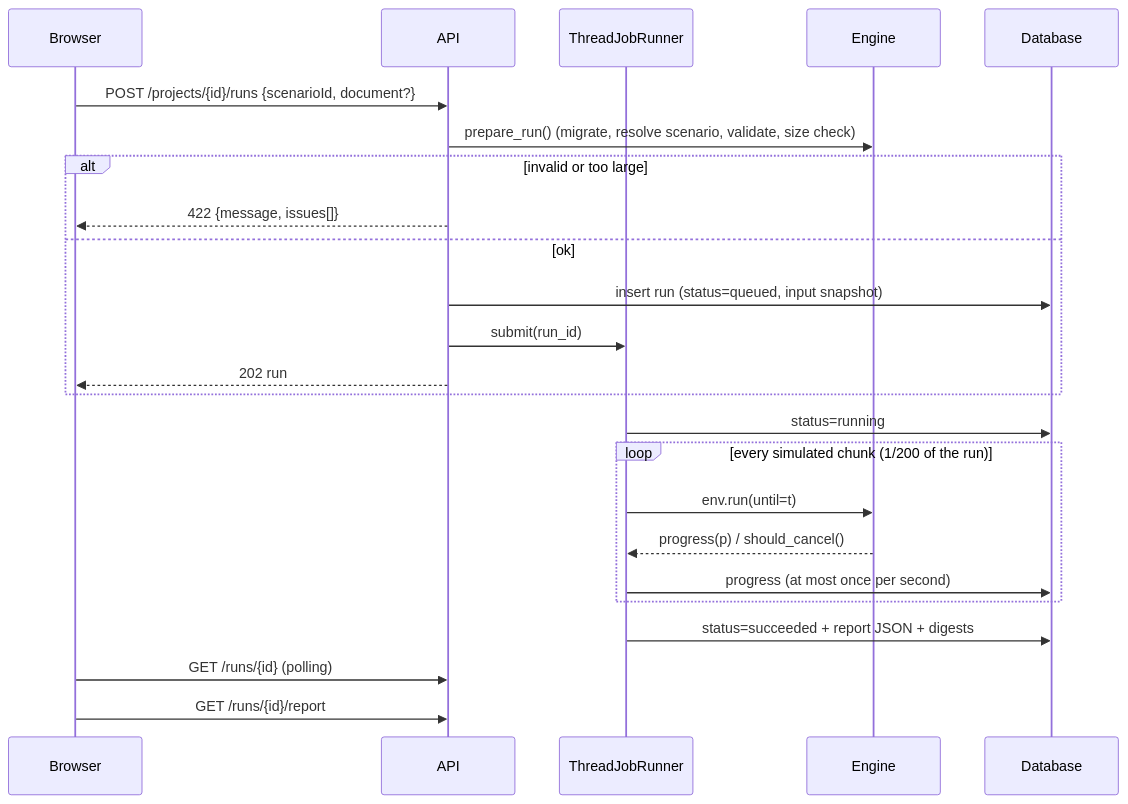
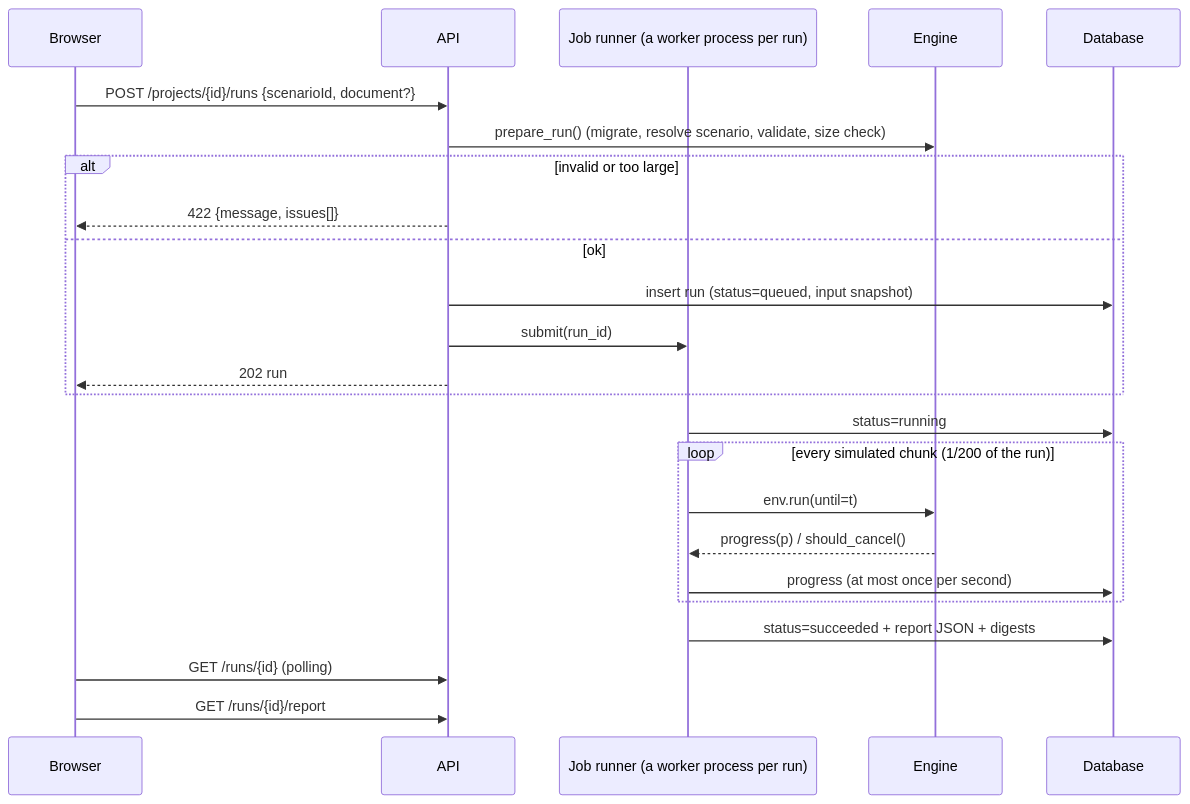
Before and after one commit to dante0747/archsim: the second of 2 diagrams in docs/architecture.md, drawn with Mermaid. The commit also changed other lines of this file and 28 other files, not shown here.

First line of the commit message:
feat(engine): run in worker processes with parallel sweeps and a sampled mode (phase 8)

````diff
--- a/docs/architecture.md
+++ b/docs/architecture.md
@@ -142,26 +142,26 @@
 ```mermaid
 sequenceDiagram
   participant B as Browser
   participant A as API
-  participant J as ThreadJobRunner
+  participant J as Job runner (a worker process per run)
   participant E as Engine
   participant D as Database
   B->>A: POST /projects/{id}/runs {scenarioId, document?}
   A->>E: prepare_run() (migrate, resolve scenario, validate, size check)
   alt invalid or too large
     A-->>B: 422 {message, issues[]}
   else ok
     A->>D: insert run (status=queued, input snapshot)
     A->>J: submit(run_id)
     A-->>B: 202 run
   end
   J->>D: status=running
   loop every simulated chunk (1/200 of the run)
     J->>E: env.run(until=t)
     E-->>J: progress(p) / should_cancel()
     J->>D: progress (at most once per second)
   end
   J->>D: status=succeeded + report JSON + digests
   B->>A: GET /runs/{id} (polling)
   B->>A: GET /runs/{id}/report
 ```
````
